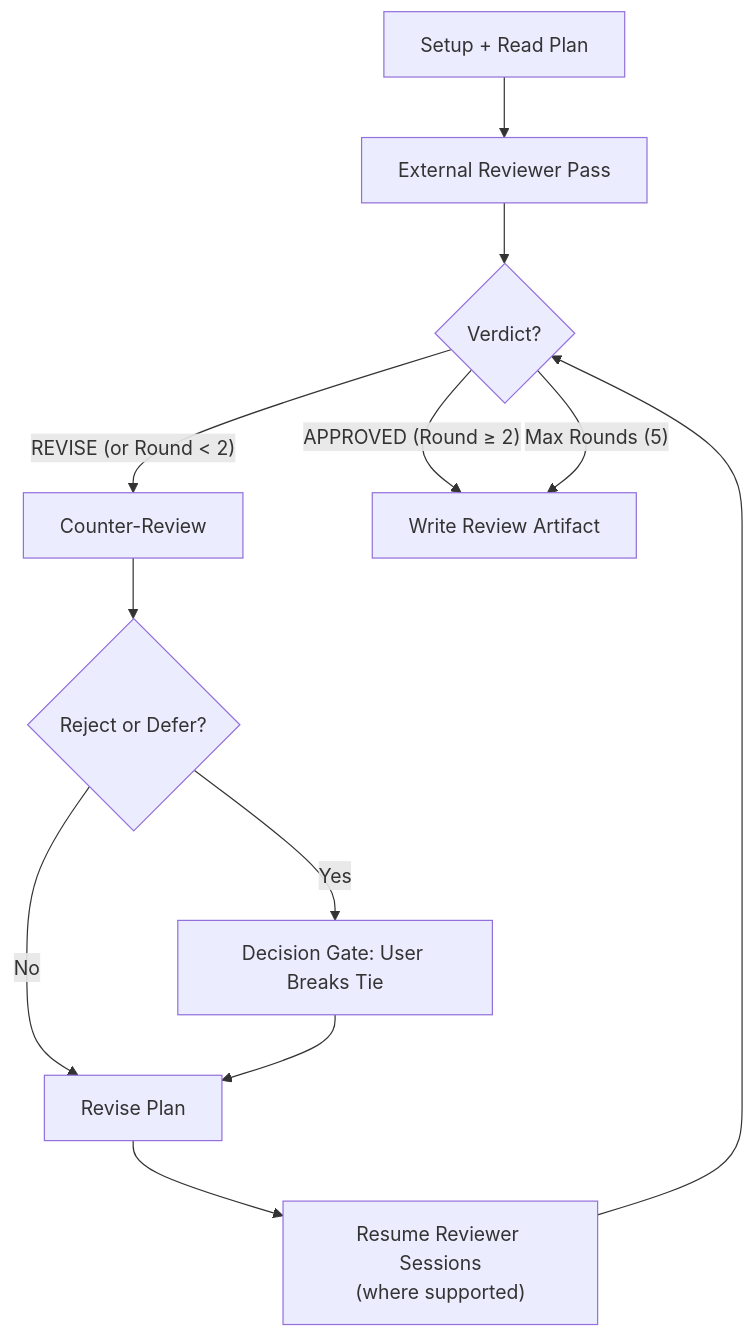
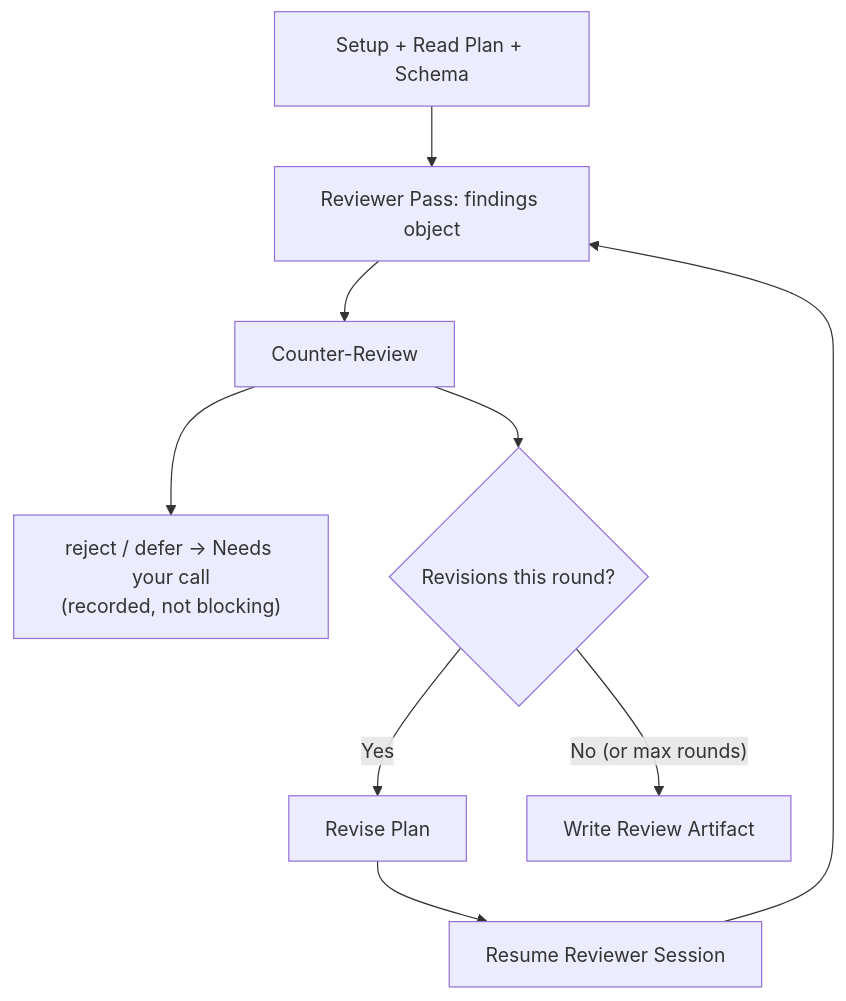
The second of 8 diagrams in docs/SKILLS_GUIDE.md (anbuneel/agentic-engineering), drawn with Mermaid before and after one commit. The commit also changed other lines of this file and 36 other files, not shown here.

````diff
--- a/docs/SKILLS_GUIDE.md
+++ b/docs/SKILLS_GUIDE.md
@@ -76,16 +67,11 @@
 ```mermaid
 graph TD
-    A[Setup + Read Plan] --> B[External Reviewer Pass]
-    B --> C{Verdict?}
-
-    C -- "REVISE (or Round < 2)" --> D[Counter-Review]
-    D --> E{Reject or Defer?}
-    E -- Yes --> F[Decision Gate: User Breaks Tie]
-    E -- No --> G[Revise Plan]
-    F --> G
-    G --> H["Resume Reviewer Sessions\n(where supported)"]
-    H --> C
-
-    C -- "APPROVED (Round ≥ 2)" --> I[Write Review Artifact]
-    C -- "Max Rounds (5)" --> I
+    A[Setup + Read Plan + Schema] --> B[Reviewer Pass: findings object]
+    B --> C[Counter-Review]
+    C --> C1["reject / defer → Needs your call\n(recorded, not blocking)"]
+    C --> D{Revisions this round?}
+    D -- Yes --> E[Revise Plan]
+    E --> F[Resume Reviewer Session]
+    F --> B
+    D -- "No (or max rounds)" --> G[Write Review Artifact]
 ```
````
